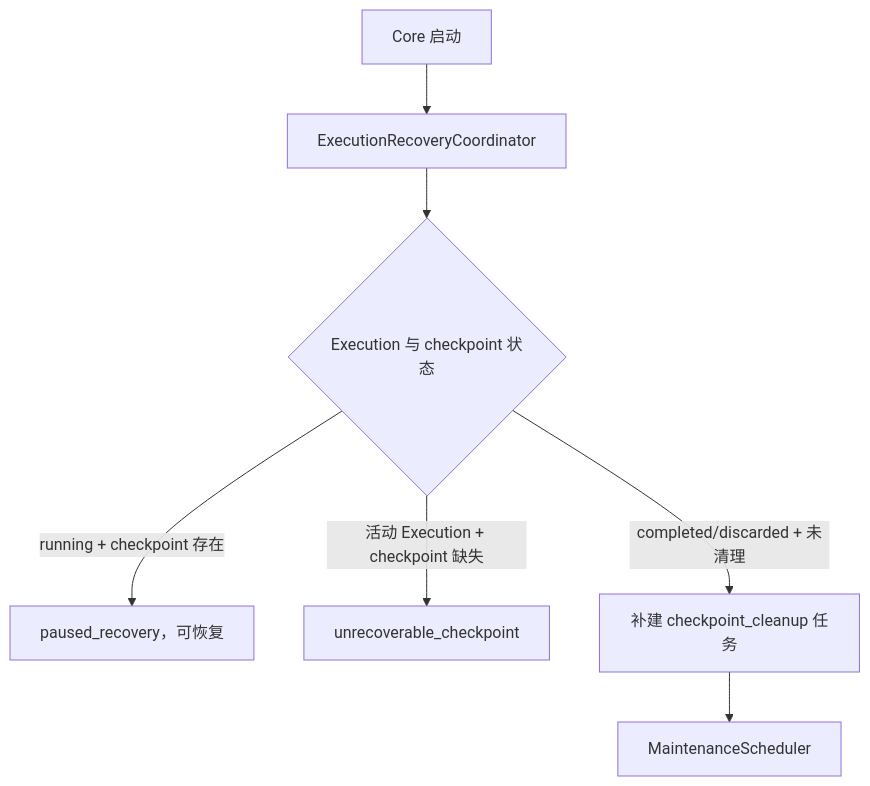
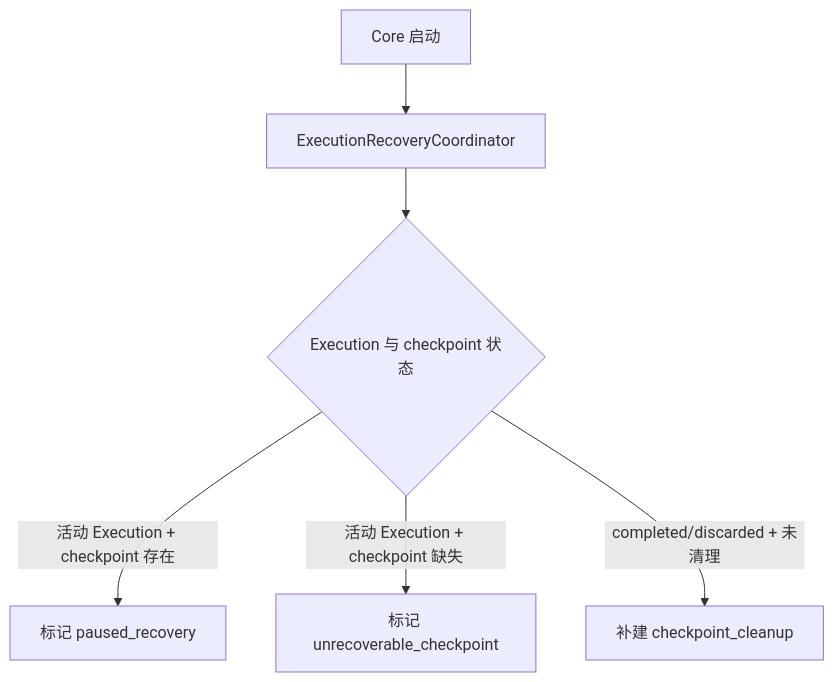
One commit to Dzheng2250/learn_langchain changed the second of 2 diagrams in docs/response-finalization-and-checkpoint-consistency.md. Above: the diagram before and after it, drawn with Mermaid. The commit also changed other lines of this file and 11 other files, not shown here.

````diff
--- a/docs/response-finalization-and-checkpoint-consistency.md
+++ b/docs/response-finalization-and-checkpoint-consistency.md
@@ -98,9 +125,8 @@
 ```mermaid
 flowchart TB
-    B[Core 启动] --> R[ExecutionRecoveryCoordinator]
+    S[Core 启动] --> R[ExecutionRecoveryCoordinator]
     R --> Q{Execution 与 checkpoint 状态}
-    Q -->|running + checkpoint 存在| P[paused_recovery，可恢复]
-    Q -->|活动 Execution + checkpoint 缺失| X[unrecoverable_checkpoint]
-    Q -->|completed/discarded + 未清理| J[补建 checkpoint_cleanup 任务]
-    J --> W[MaintenanceScheduler]
+    Q -->|活动 Execution + checkpoint 存在| P[标记 paused_recovery]
+    Q -->|活动 Execution + checkpoint 缺失| X[标记 unrecoverable_checkpoint]
+    Q -->|completed/discarded + 未清理| J[补建 checkpoint_cleanup]
 ```
````
